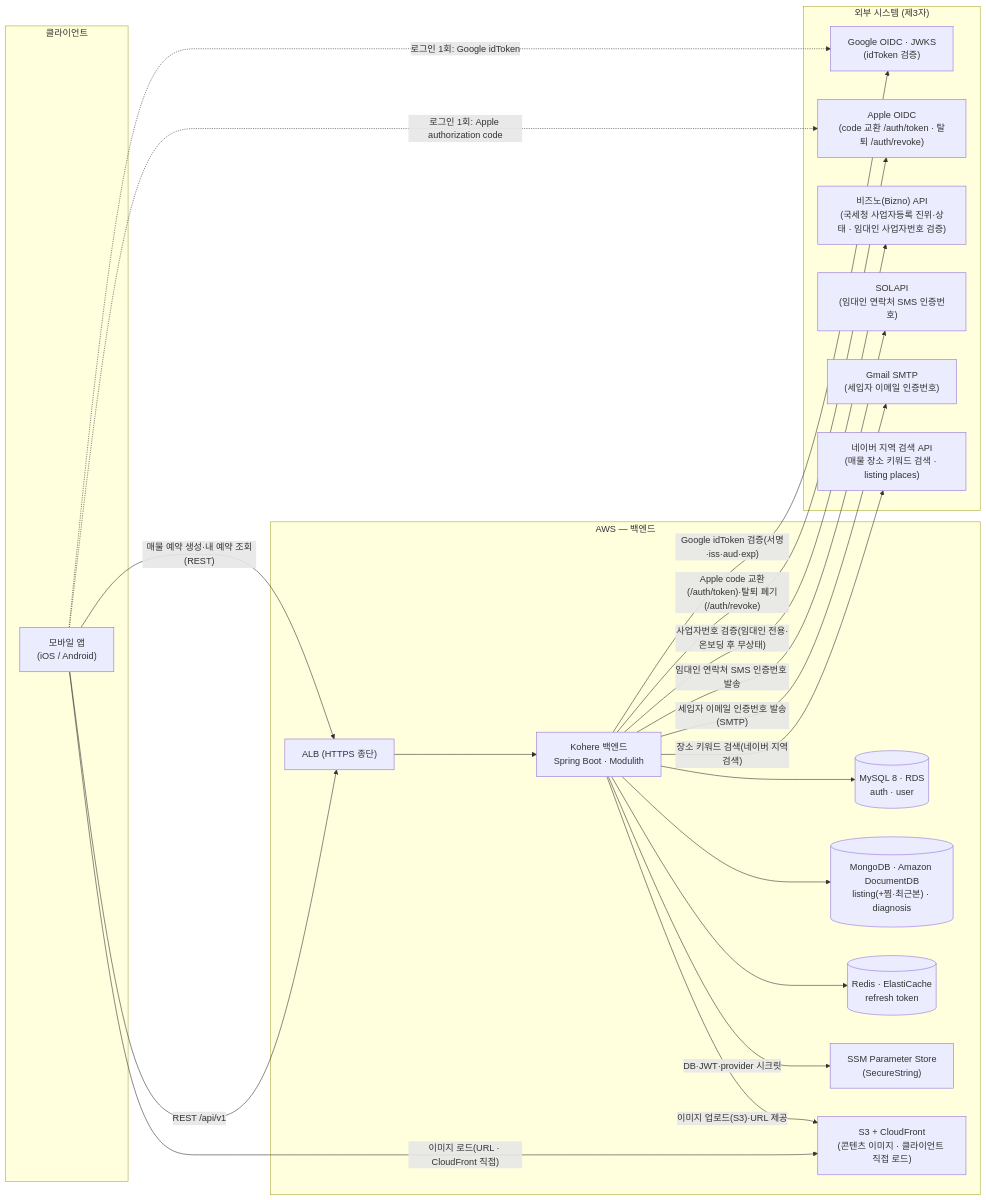
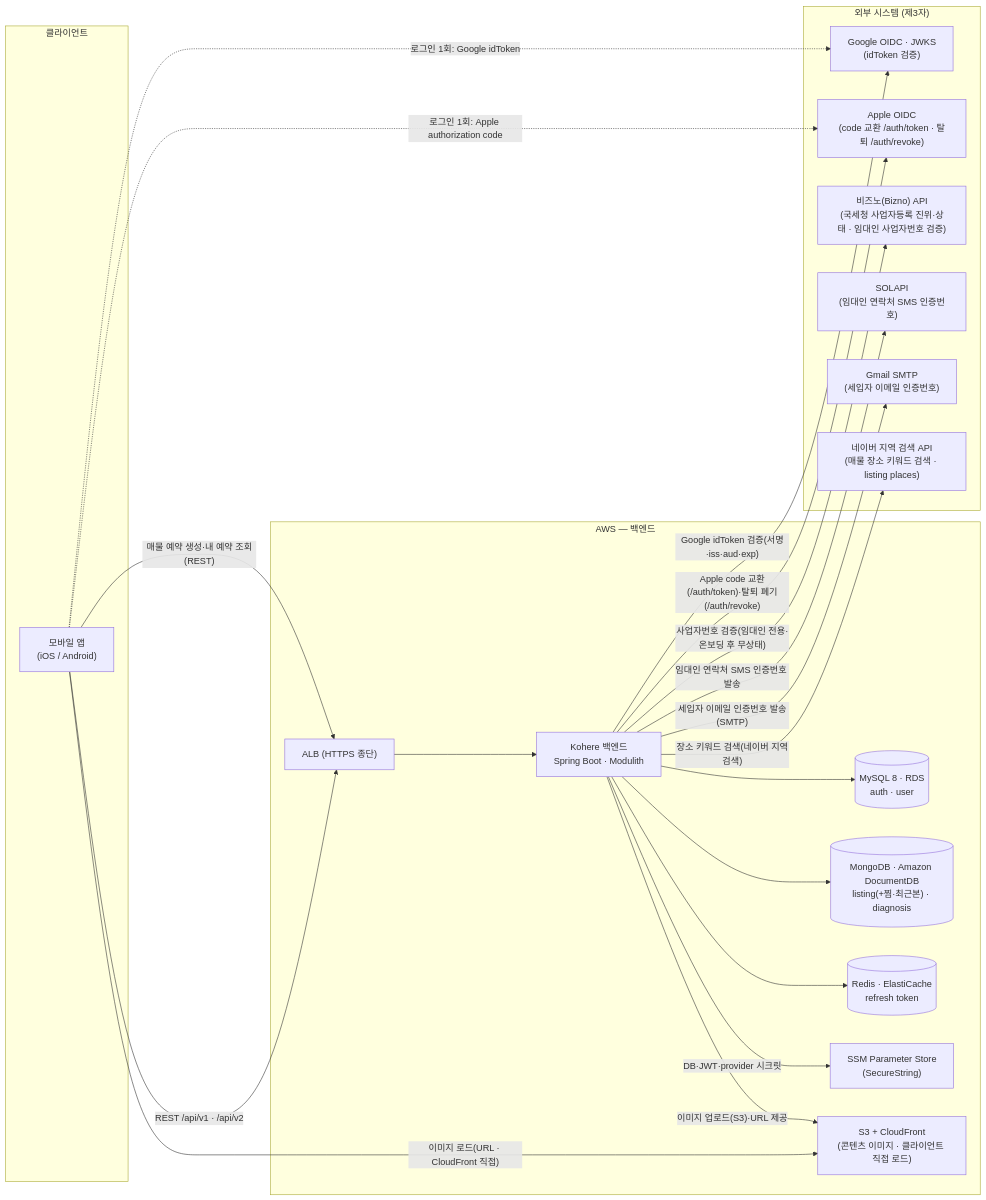
One commit to jameskim9509/Kohere-backend changed the first of 5 diagrams in docs/architecture/system-overview.md. Above: the diagram before and after it, drawn with Mermaid. The commit also changed other lines of this file and 210 other files, not shown here.

````diff
--- a/docs/architecture/system-overview.md
+++ b/docs/architecture/system-overview.md
@@ -29,43 +30,43 @@
 ```mermaid
 flowchart LR
     subgraph Client["클라이언트"]
       APP["모바일 앱<br/>(iOS / Android)"]
     end
 
     subgraph External["외부 시스템 (제3자)"]
       OIDC["Google OIDC · JWKS<br/>(idToken 검증)"]
       APPLE["Apple OIDC<br/>(code 교환 /auth/token · 탈퇴 /auth/revoke)"]
       BIZNO["비즈노(Bizno) API<br/>(국세청 사업자등록 진위·상태 · 임대인 사업자번호 검증)"]
       SOLAPI["SOLAPI<br/>(임대인 연락처 SMS 인증번호)"]
       MAIL["Gmail SMTP<br/>(세입자 이메일 인증번호)"]
       NAVER["네이버 지역 검색 API<br/>(매물 장소 키워드 검색 · listing places)"]
     end
 
     subgraph Cloud["AWS — 백엔드"]
       ALB["ALB (HTTPS 종단)"]
       SRV["Kohere 백엔드<br/>Spring Boot · Modulith"]
       MYSQL[("MySQL 8 · RDS<br/>auth · user")]
       MONGO[("MongoDB · Amazon DocumentDB<br/>listing(+찜·최근본) · diagnosis")]
       REDIS[("Redis · ElastiCache<br/>refresh token")]
       SECRET["SSM Parameter Store<br/>(SecureString)"]
       CDN["S3 + CloudFront<br/>(콘텐츠 이미지 · 클라이언트 직접 로드)"]
     end
 
-    APP -- "REST /api/v1" --> ALB
+    APP -- "REST /api/v1 · /api/v2" --> ALB
     ALB --> SRV
     APP -. "로그인 1회: Google idToken" .-> OIDC
     APP -. "로그인 1회: Apple authorization code" .-> APPLE
     SRV -- "Google idToken 검증(서명·iss·aud·exp)" --> OIDC
     SRV -- "Apple code 교환(/auth/token)·탈퇴 폐기(/auth/revoke)" --> APPLE
     SRV -- "사업자번호 검증(임대인 전용·온보딩 후 무상태)" --> BIZNO
     SRV -- "임대인 연락처 SMS 인증번호 발송" --> SOLAPI
     SRV -- "세입자 이메일 인증번호 발송(SMTP)" --> MAIL
     SRV -- "장소 키워드 검색(네이버 지역검색)" --> NAVER
     SRV --> MYSQL
     SRV --> MONGO
     SRV --> REDIS
     APP -- "매물 예약 생성·내 예약 조회(REST)" --> ALB
     APP -- "이미지 로드(URL · CloudFront 직접)" --> CDN
     SRV -- "이미지 업로드(S3)·URL 제공" --> CDN
     SRV -- "DB·JWT·provider 시크릿" --> SECRET
 ```
````
